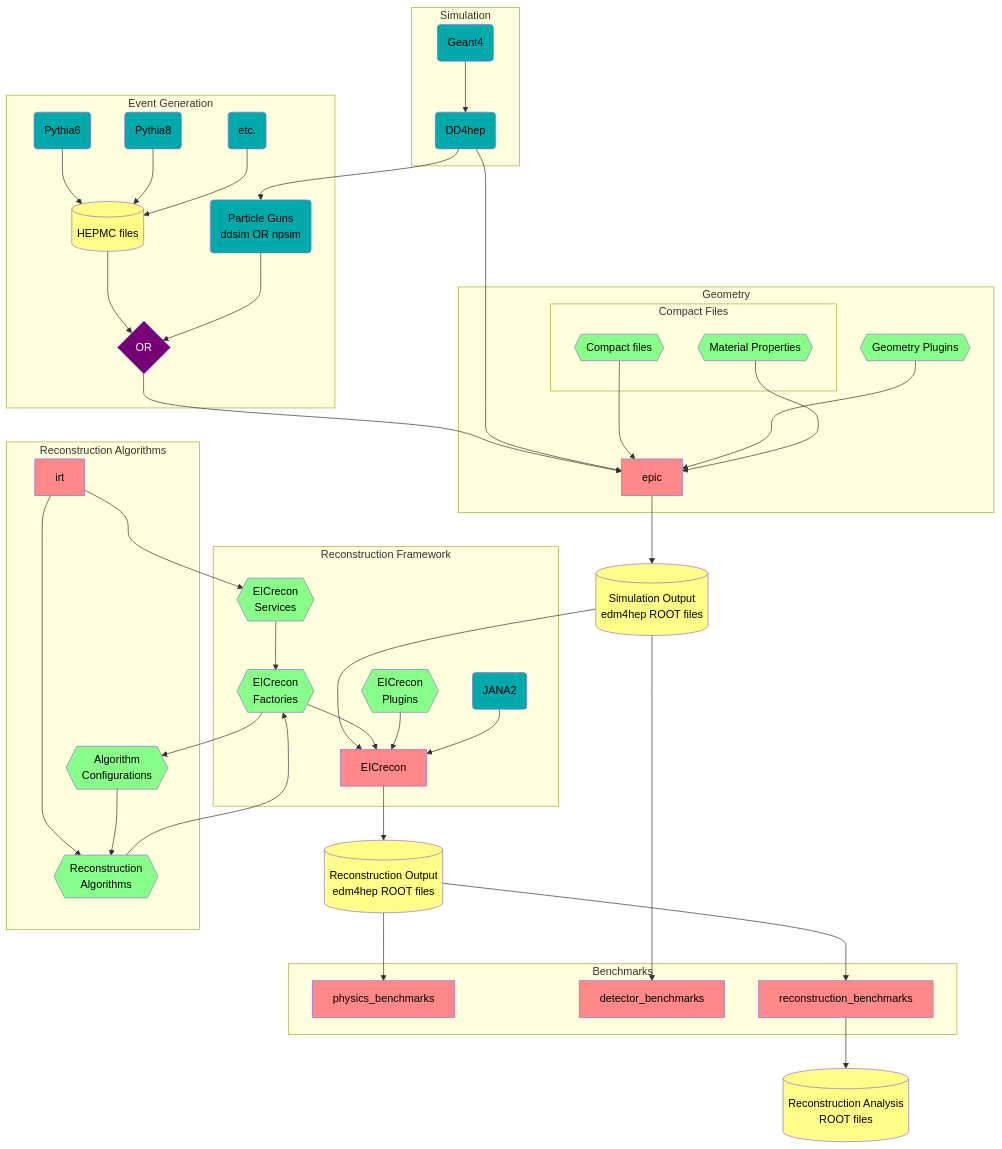
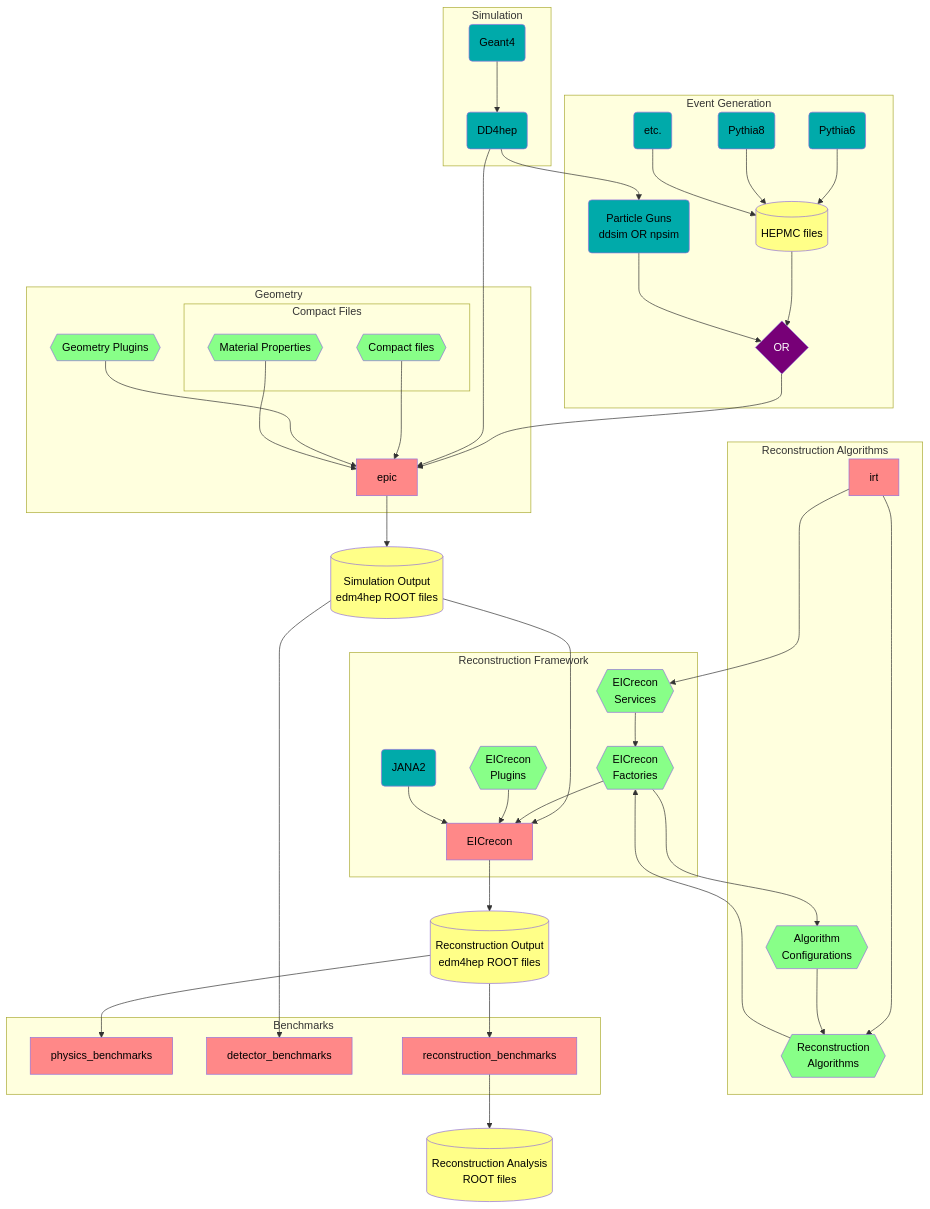
The third of 3 diagrams in README.md (eic/drich-dev), drawn with Mermaid before and after one commit.

Commit message:
modified:   README.md

````diff
--- a/README.md
+++ b/README.md
@@ -228,81 +228,81 @@
 ```mermaid
 flowchart TB
   classDef epic fill:#ff8888,color:black
   classDef dep fill:#00aaaa,color:black
   classDef obj fill:#88ff88,color:black
   classDef data fill:#ffff88,color:black
   classDef op fill:#770077,color:white
 
   subgraph Event Generation
     Pythia6(Pythia6):::dep
     Pythia8(Pythia8):::dep
     OtherGen(etc.):::dep
     Hepmc[(HEPMC files)]:::data
     Gun(Particle Guns<br/>ddsim OR npsim):::dep
     GenOR{OR}:::op
   end
   Pythia6  --> Hepmc
   Pythia8  --> Hepmc
   OtherGen --> Hepmc
   Hepmc    --> GenOR
   Gun      --> GenOR
 
   subgraph Simulation
     DD4hep(DD4hep):::dep
     Geant(Geant4):::dep
   end
   Geant --> DD4hep
 
   subgraph Geometry
     Epic[epic]:::epic
     subgraph Compact Files
       DDCompact{{Compact files}}:::obj
       DDMat{{Material Properties}}:::obj
     end
     DDPlugin{{Geometry Plugins}}:::obj
   end
   SimOut[(Simulation Output<br/>edm4hep ROOT files)]:::data
   DD4hep    --> Gun
   GenOR     --> Epic
   DD4hep    --> Epic
   DDCompact --> Epic
   DDPlugin  --> Epic
   DDMat     --> Epic
   Epic      --> SimOut
 
   subgraph Reconstruction Framework
     JANA(JANA2):::dep
     EICreconPlugins{{EICrecon<br/>Plugins}}:::obj
     EICreconFactories{{EICrecon<br/>Factories}}:::obj
     EICreconServices{{EICrecon<br/>Services}}:::obj
     EICrecon[EICrecon]:::epic
   end
   subgraph Reconstruction Algorithms
     IRT[irt]:::epic
     RecoAlgorithms{{Reconstruction<br/>Algorithms}}:::obj
     RecoAlgorithmConfigs{{Algorithm<br/>Configurations}}:::obj
   end
   RecOut[(Reconstruction Output<br/>edm4hep ROOT files)]:::data
-  SimOut               ---> EICrecon
+  SimOut               ----> EICrecon
   EICreconServices     -->  EICreconFactories
-  EICreconFactories    -->  RecoAlgorithmConfigs
   EICreconFactories    -->  EICrecon
   EICreconPlugins      -->  EICrecon
-  IRT                  -->  EICreconServices
+  IRT                  --->  EICreconServices
   IRT                  -->  RecoAlgorithms
-  RecoAlgorithms       -->  EICreconFactories
+  RecoAlgorithms       --->  EICreconFactories
   RecoAlgorithmConfigs -->  RecoAlgorithms
+  EICreconFactories    --->  RecoAlgorithmConfigs
   JANA                 -->  EICrecon
   EICrecon         -->  RecOut
 
   subgraph Benchmarks
     PhysicsBenchmarks[physics_benchmarks]:::epic
     DetectorBenchmarks[detector_benchmarks]:::epic
     ReconstructionBenchmarks[reconstruction_benchmarks]:::epic
   end
   AnaOut[(Reconstruction Analysis<br/>ROOT files)]:::data
   SimOut --> DetectorBenchmarks
   RecOut --> PhysicsBenchmarks
   RecOut --> ReconstructionBenchmarks --> AnaOut
 
 ```
````
